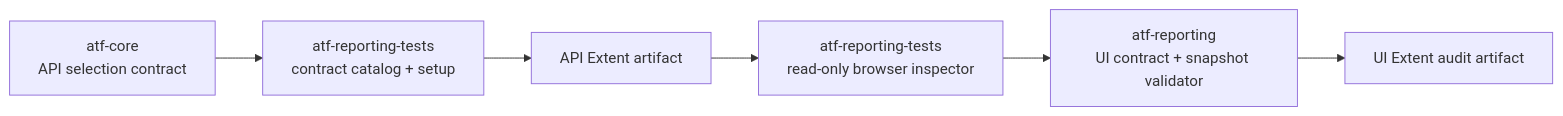
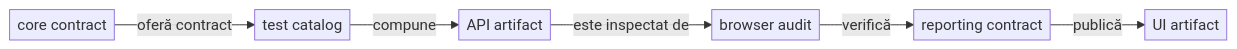
One commit to crististefanita/demo2 changed the second of 10 diagrams in docs/ATF_Architecture.md. Above: the diagram before and after it, drawn with Mermaid. The commit also changed other lines of this file and 36 other files, not shown here.

````diff
--- a/docs/ATF_Architecture.md
+++ b/docs/ATF_Architecture.md
@@ -79,8 +90,9 @@
 ```mermaid
+%%{init: {"themeVariables": {"fontSize": "16px"}, "themeCSS": ".edgeLabel p { font-size: 13px; line-height: 1.1; margin: 0; padding: 0 2px; }", "flowchart": {"nodeSpacing": 16, "rankSpacing": 48, "padding": 4}}}%%
 flowchart LR
-    Core["atf-core<br/>API selection contract"] --> Catalog["atf-reporting-tests<br/>contract catalog + setup"]
-    Catalog --> ApiArtifact["API Extent artifact"]
-    ApiArtifact --> Browser["atf-reporting-tests<br/>read-only browser inspector"]
-    Browser --> Reporting["atf-reporting<br/>UI contract + snapshot validator"]
-    Reporting --> UiArtifact["UI Extent audit artifact"]
+    Core["core contract"] -->|oferă contract| Catalog["test catalog"]
+    Catalog -->|compune| ApiArtifact["API artifact"]
+    ApiArtifact -->|este inspectat de| Browser["browser audit"]
+    Browser -->|verifică| Reporting["reporting contract"]
+    Reporting -->|publică| UiArtifact["UI artifact"]
 ```
````
